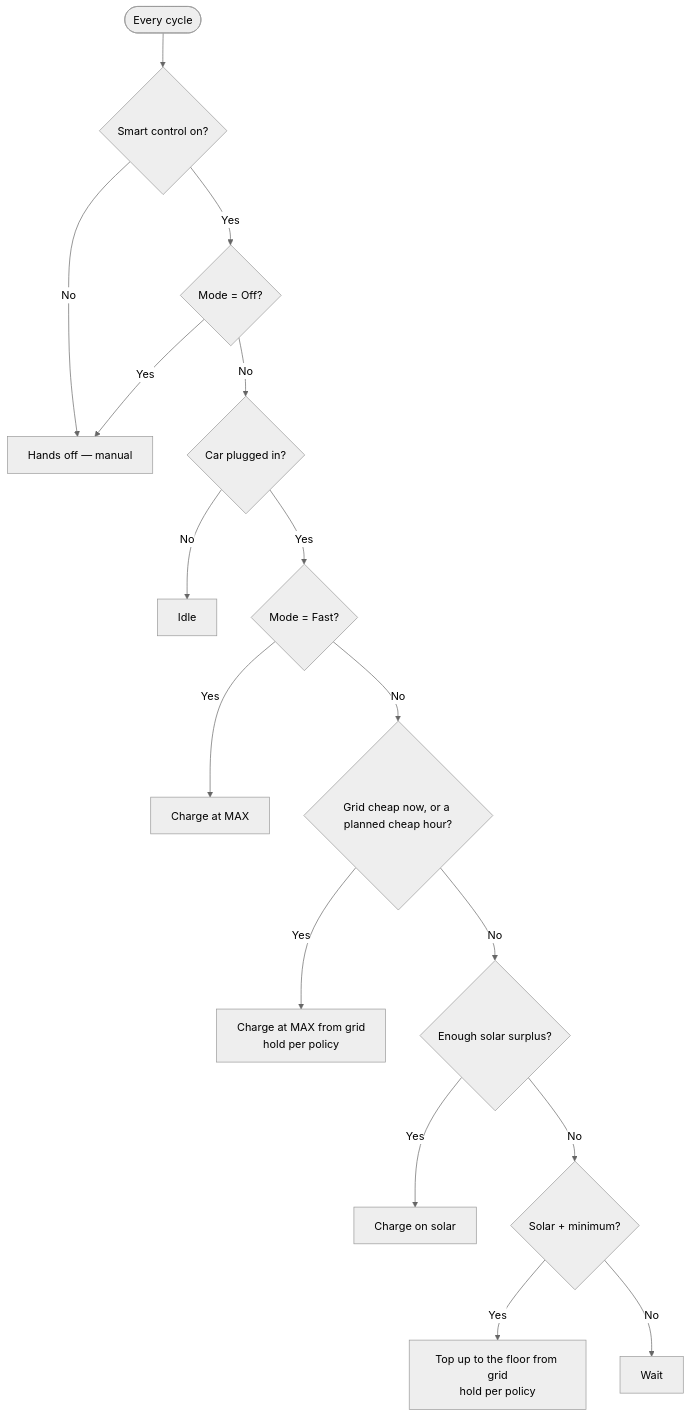
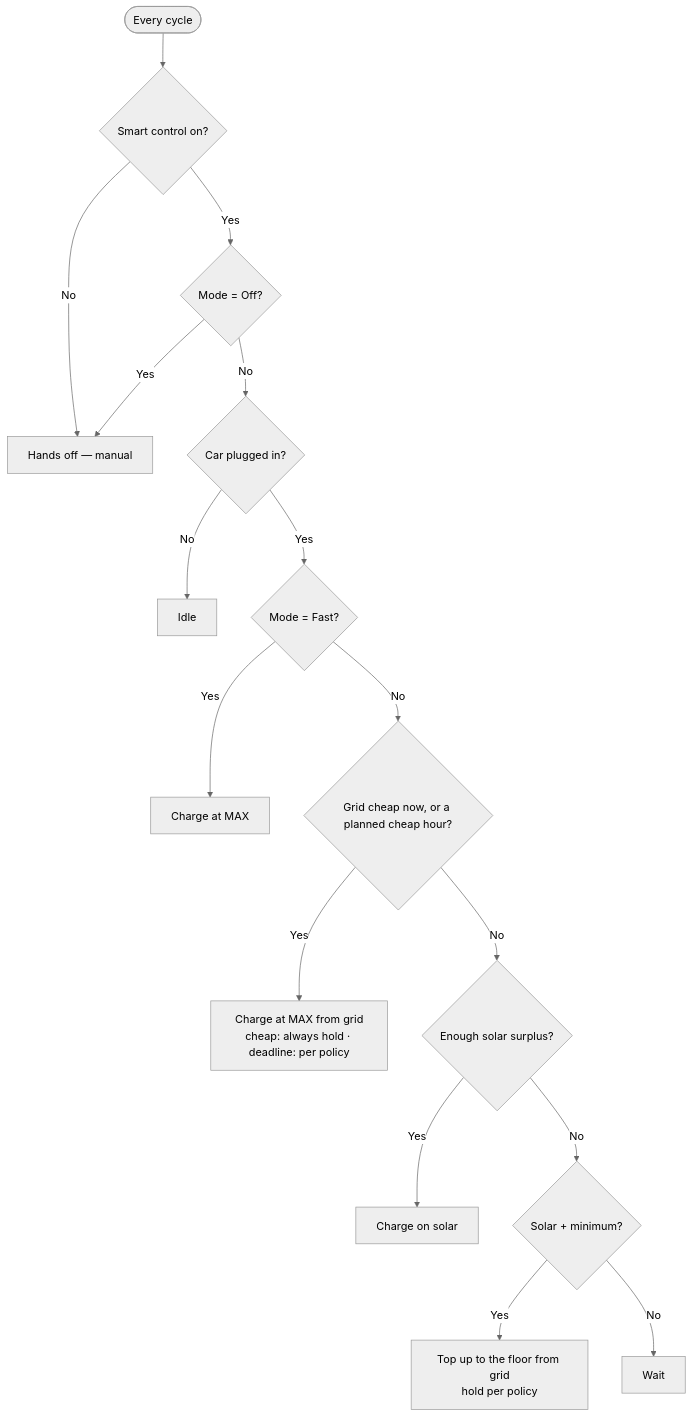
The diagram in docs/charging-behavior-matrix.md (JustChr/HAgoe_steve), drawn with Mermaid (neutral theme) before and after one commit. The commit also changed other lines of this file and 2 other files, not shown here.

First line of the commit message:
Engine: cheap grid always holds the battery (grid only)

````diff
--- a/docs/charging-behavior-matrix.md
+++ b/docs/charging-behavior-matrix.md
@@ -49,18 +49,18 @@
 ```mermaid
 flowchart TD
     A([Every cycle]) --> B{Smart control on?}
     B -- No --> H[Hands off — manual]
     B -- Yes --> C{Mode = Off?}
     C -- Yes --> H
     C -- No --> D{Car plugged in?}
     D -- No --> I[Idle]
     D -- Yes --> E{Mode = Fast?}
     E -- Yes --> MAX[Charge at MAX]
     E -- No --> G{Grid cheap now, or a planned cheap hour?}
-    G -- Yes --> GRID[Charge at MAX from grid<br/>hold per policy]
+    G -- Yes --> GRID[Charge at MAX from grid<br/>cheap: always hold · deadline: per policy]
     G -- No --> J{Enough solar surplus?}
     J -- Yes --> SUN[Charge on solar]
     J -- No --> K{Solar + minimum?}
     K -- Yes --> FLOOR[Top up to the floor from grid<br/>hold per policy]
     K -- No --> W[Wait]
 ```
````
